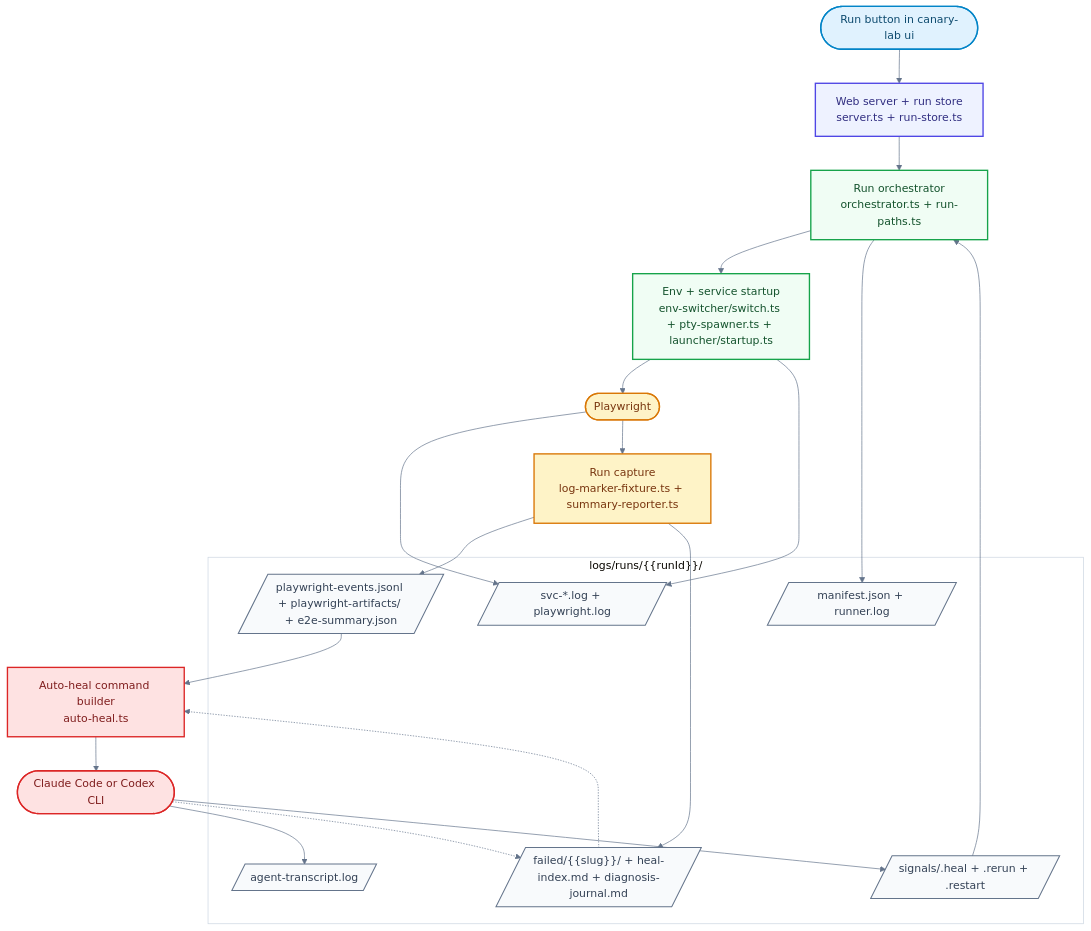
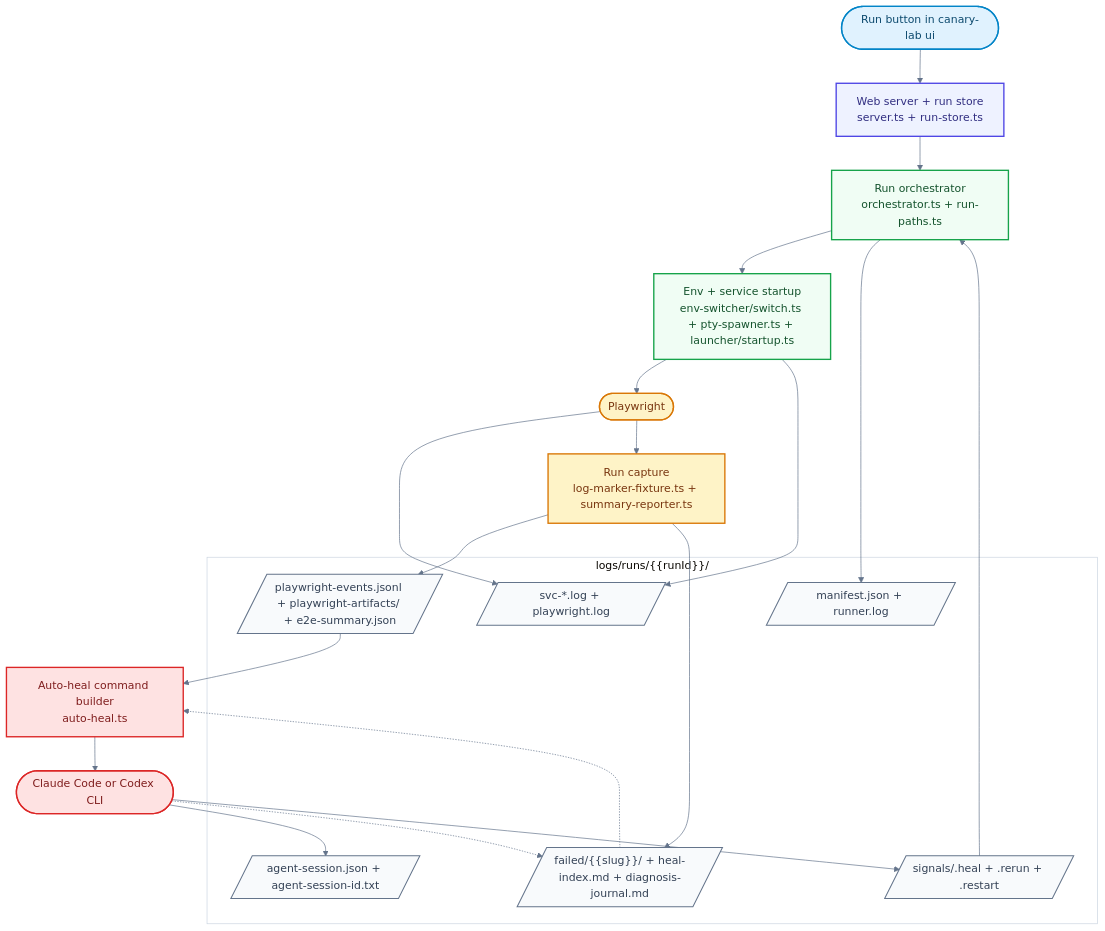
The second of 2 diagrams in README.md (ferterahadi/canary-lab), drawn with Mermaid before and after one commit. The commit also changed other lines of this file, not shown here.

````diff
--- a/README.md
+++ b/README.md
@@ -220,50 +245,50 @@
 ```mermaid
 %%{init: {"theme": "base", "themeVariables": {"fontFamily": "Inter, ui-sans-serif, system-ui, sans-serif", "primaryTextColor": "#0f172a", "lineColor": "#64748b", "clusterBkg": "#ffffff", "clusterBorder": "#cbd5e1"}}}%%
 flowchart TD
     user(["Run button in canary-lab ui"])
     web["Web server + run store<br/>server.ts + run-store.ts"]
     runtime["Run orchestrator<br/>orchestrator.ts + run-paths.ts"]
     setup["Env + service startup<br/>env-switcher/switch.ts + pty-spawner.ts + launcher/startup.ts"]
     playwright(["Playwright"])
     capture["Run capture<br/>log-marker-fixture.ts + summary-reporter.ts"]
     autoheal["Auto-heal command builder<br/>auto-heal.ts"]
     agent(["Claude Code or Codex CLI"])
 
     subgraph runDir["logs/runs/{{runId}}/"]
         state[/"manifest.json + runner.log"/]
         logs[/"svc-*.log + playwright.log"/]
         evidence[/"playwright-events.jsonl + playwright-artifacts/ + e2e-summary.json"/]
         healctx[/"failed/{{slug}}/ + heal-index.md + diagnosis-journal.md"/]
-        transcript[/"agent-transcript.log"/]
+        session[/"agent-session.json + agent-session-id.txt"/]
         signals[/"signals/.heal + .rerun + .restart"/]
     end
 
     user --> web --> runtime --> setup --> playwright
     runtime --> state
     setup --> logs
     playwright --> logs
     playwright --> capture
     capture --> evidence
     capture --> healctx
     evidence --> autoheal
     healctx -.-> autoheal
     autoheal --> agent
-    agent --> transcript
+    agent --> session
     agent -.-> healctx
     agent --> signals
     signals --> runtime
 
     classDef entry fill:#e0f2fe,stroke:#0284c7,color:#0c4a6e,stroke-width:2px
     classDef core fill:#eef2ff,stroke:#4f46e5,color:#312e81,stroke-width:2px
     classDef runtime fill:#f0fdf4,stroke:#16a34a,color:#14532d,stroke-width:2px
     classDef test fill:#fef3c7,stroke:#d97706,color:#78350f,stroke-width:2px
     classDef heal fill:#fee2e2,stroke:#dc2626,color:#7f1d1d,stroke-width:2px
     classDef artifact fill:#f8fafc,stroke:#64748b,color:#334155,stroke-width:1.5px
 
     class user entry
     class web core
     class runtime,setup runtime
     class playwright,capture test
     class autoheal,agent heal
-    class state,logs,evidence,healctx,transcript,signals artifact
+    class state,logs,evidence,healctx,session,signals artifact
 ```
````
